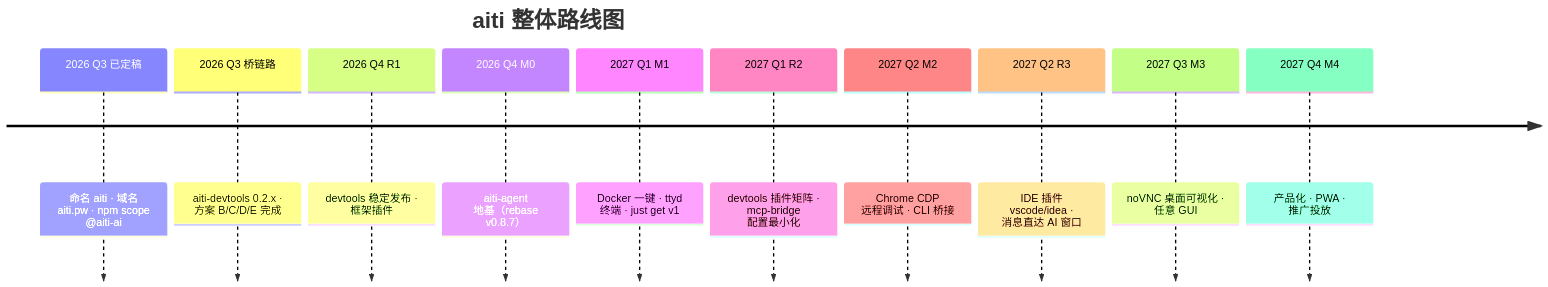
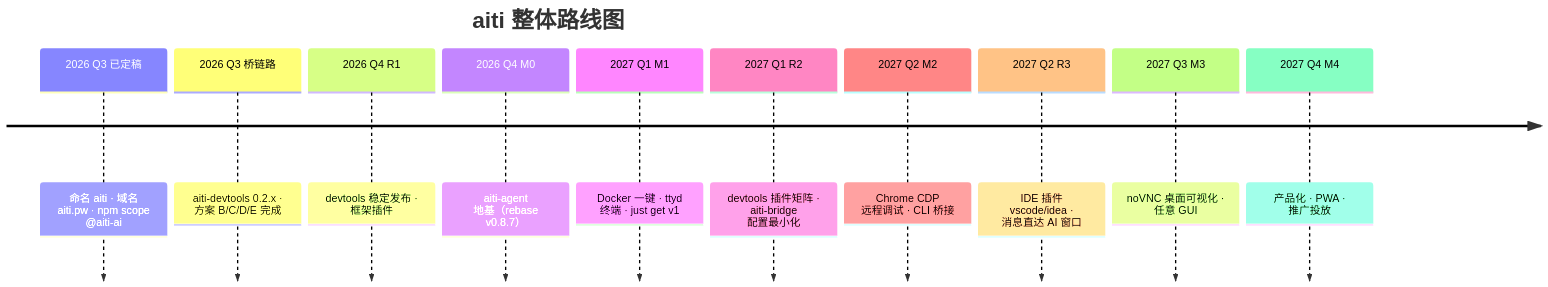
The diagram in docs/roadmaps/master-plan.md (aiti-ai/aiti-docs), drawn with Mermaid before and after one commit. The commit also changed other lines of this file and 100 other files, not shown here.

````diff
--- a/docs/roadmaps/master-plan.md
+++ b/docs/roadmaps/master-plan.md
@@ -74,14 +74,14 @@
 ```mermaid
 timeline
     title aiti 整体路线图
     2026 Q3 已定稿 : 命名 aiti · 域名 aiti.pw · npm scope @aiti-ai
     2026 Q3 桥链路 : aiti-devtools 0.2.x · 方案 B/C/D/E 完成
     2026 Q4 R1 : devtools 稳定发布 · 框架插件
     2026 Q4 M0 : aiti-agent 地基（rebase v0.8.7）
     2027 Q1 M1 : Docker 一键 · ttyd 终端 · just get v1
-    2027 Q1 R2 : devtools 插件矩阵 · mcp-bridge 配置最小化
+    2027 Q1 R2 : devtools 插件矩阵 · aiti-bridge 配置最小化
     2027 Q2 M2 : Chrome CDP 远程调试 · CLI 桥接
     2027 Q2 R3 : IDE 插件 vscode/idea · 消息直达 AI 窗口
     2027 Q3 M3 : noVNC 桌面可视化 · 任意 GUI
     2027 Q4 M4 : 产品化 · PWA · 推广投放
 ```
````
